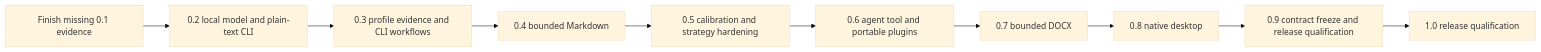
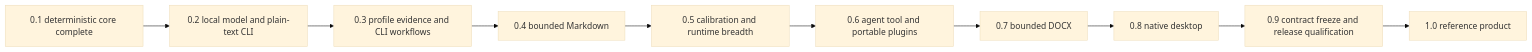
The diagram in docs/planning/README.md (blisspixel/retonr), drawn with Mermaid (base theme) before and after one commit. The commit also changed other lines of this file and 151 other files, not shown here.

````diff
--- a/docs/planning/README.md
+++ b/docs/planning/README.md
@@ -32,12 +66,12 @@
 ```mermaid
 flowchart LR
-    V01["Finish missing 0.1 evidence"] --> V02["0.2 local model and plain-text CLI"]
+    V01["0.1 deterministic core complete"] --> V02["0.2 local model and plain-text CLI"]
     V02 --> V03["0.3 profile evidence and CLI workflows"]
     V03 --> V04["0.4 bounded Markdown"]
-    V04 --> V05["0.5 calibration and strategy hardening"]
+    V04 --> V05["0.5 calibration and runtime breadth"]
     V05 --> V06["0.6 agent tool and portable plugins"]
     V06 --> V07["0.7 bounded DOCX"]
     V07 --> V08["0.8 native desktop"]
     V08 --> V09["0.9 contract freeze and release qualification"]
-    V09 --> V10["1.0 release qualification"]
+    V09 --> V10["1.0 reference product"]
 ```
````
